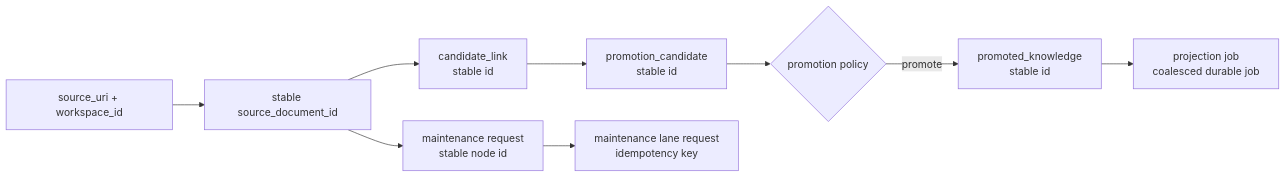
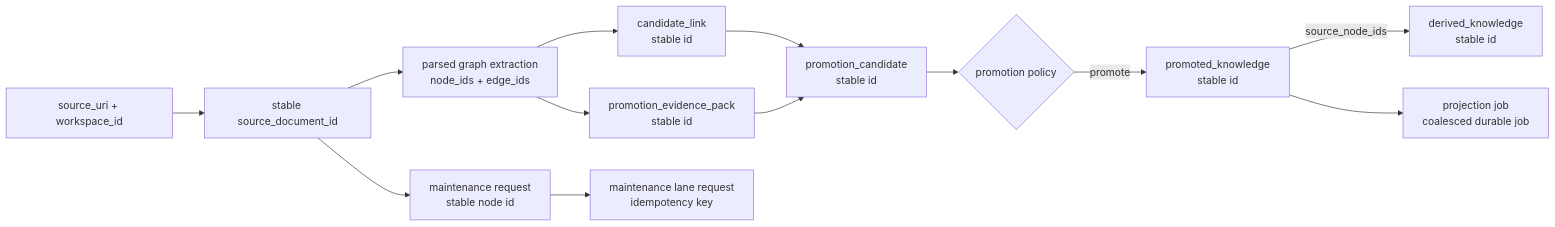
The tenth of 18 diagrams in doc/diagrams.md (humblemat810/kogwistar-llm-wiki), drawn with Mermaid before and after one commit. The commit also changed other lines of this file and 3 other files, not shown here.

First line of the commit message:
feat: Docs, Diagrams, Long-Run Diagnostics

````diff
--- a/doc/diagrams.md
+++ b/doc/diagrams.md
@@ -261,11 +261,15 @@
 ```mermaid
 flowchart LR
     SRC["source_uri + workspace_id"] --> DOC["stable source_document_id"]
-    DOC --> CL["candidate_link\nstable id"]
+    DOC --> PARSED["parsed graph extraction\nnode_ids + edge_ids"]
+    PARSED --> CL["candidate_link\nstable id"]
+    PARSED --> EP["promotion_evidence_pack\nstable id"]
     CL --> PC["promotion_candidate\nstable id"]
+    EP --> PC
     PC --> DEC{"promotion policy"}
     DEC -->|promote| PK["promoted_knowledge\nstable id"]
+    PK -->|source_node_ids| DK["derived_knowledge\nstable id"]
     DOC --> MR["maintenance request\nstable node id"]
     MR --> LM["maintenance lane request\nidempotency key"]
     PK --> PJ["projection job\ncoalesced durable job"]
 ```
````
